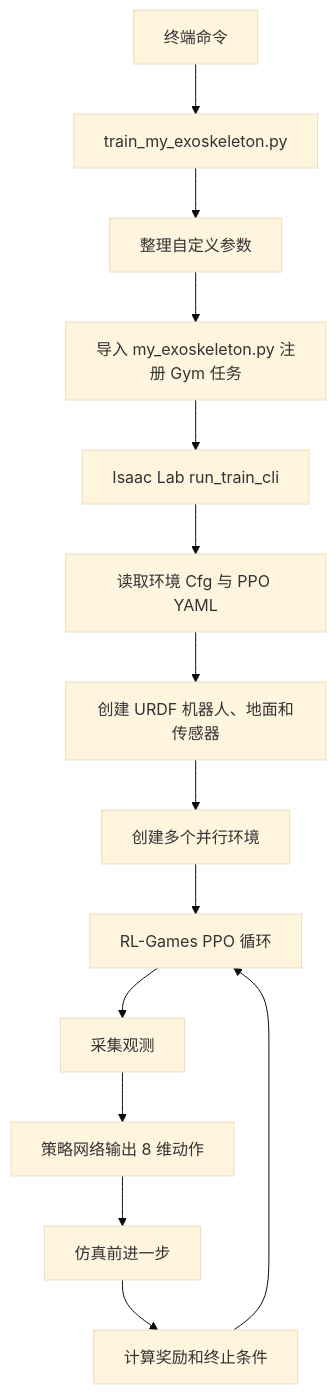
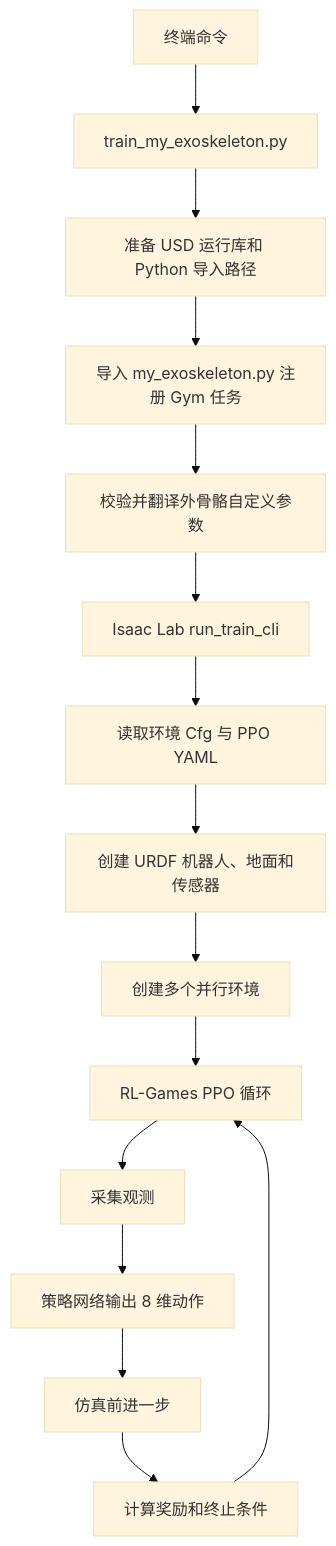
One commit to Paper-blank/IsaacLab_MyRobot changed the first of 5 diagrams in IsaacLab-v3.0.0/MY_EXOSKELETON_CODE_GUIDE.zh-CN.md. Above: the diagram before and after it, drawn with Mermaid (base theme). The commit also changed other lines of this file and 48 other files, not shown here.

````diff
--- a/IsaacLab-v3.0.0/MY_EXOSKELETON_CODE_GUIDE.zh-CN.md
+++ b/IsaacLab-v3.0.0/MY_EXOSKELETON_CODE_GUIDE.zh-CN.md
@@ -168,16 +168,17 @@
 ```mermaid
 flowchart TD
     A[终端命令] --> B[train_my_exoskeleton.py]
-    B --> C[整理自定义参数]
+    B --> C[准备 USD 运行库和 Python 导入路径]
     C --> D[导入 my_exoskeleton.py 注册 Gym 任务]
-    D --> E[Isaac Lab run_train_cli]
-    E --> F[读取环境 Cfg 与 PPO YAML]
-    F --> G[创建 URDF 机器人、地面和传感器]
-    G --> H[创建多个并行环境]
-    H --> I[RL-Games PPO 循环]
-    I --> J[采集观测]
-    J --> K[策略网络输出 8 维动作]
-    K --> L[仿真前进一步]
-    L --> M[计算奖励和终止条件]
-    M --> I
+    D --> E[校验并翻译外骨骼自定义参数]
+    E --> F[Isaac Lab run_train_cli]
+    F --> G[读取环境 Cfg 与 PPO YAML]
+    G --> H[创建 URDF 机器人、地面和传感器]
+    H --> I[创建多个并行环境]
+    I --> J[RL-Games PPO 循环]
+    J --> K[采集观测]
+    K --> L[策略网络输出 8 维动作]
+    L --> M[仿真前进一步]
+    M --> N[计算奖励和终止条件]
+    N --> J
 ```
````
